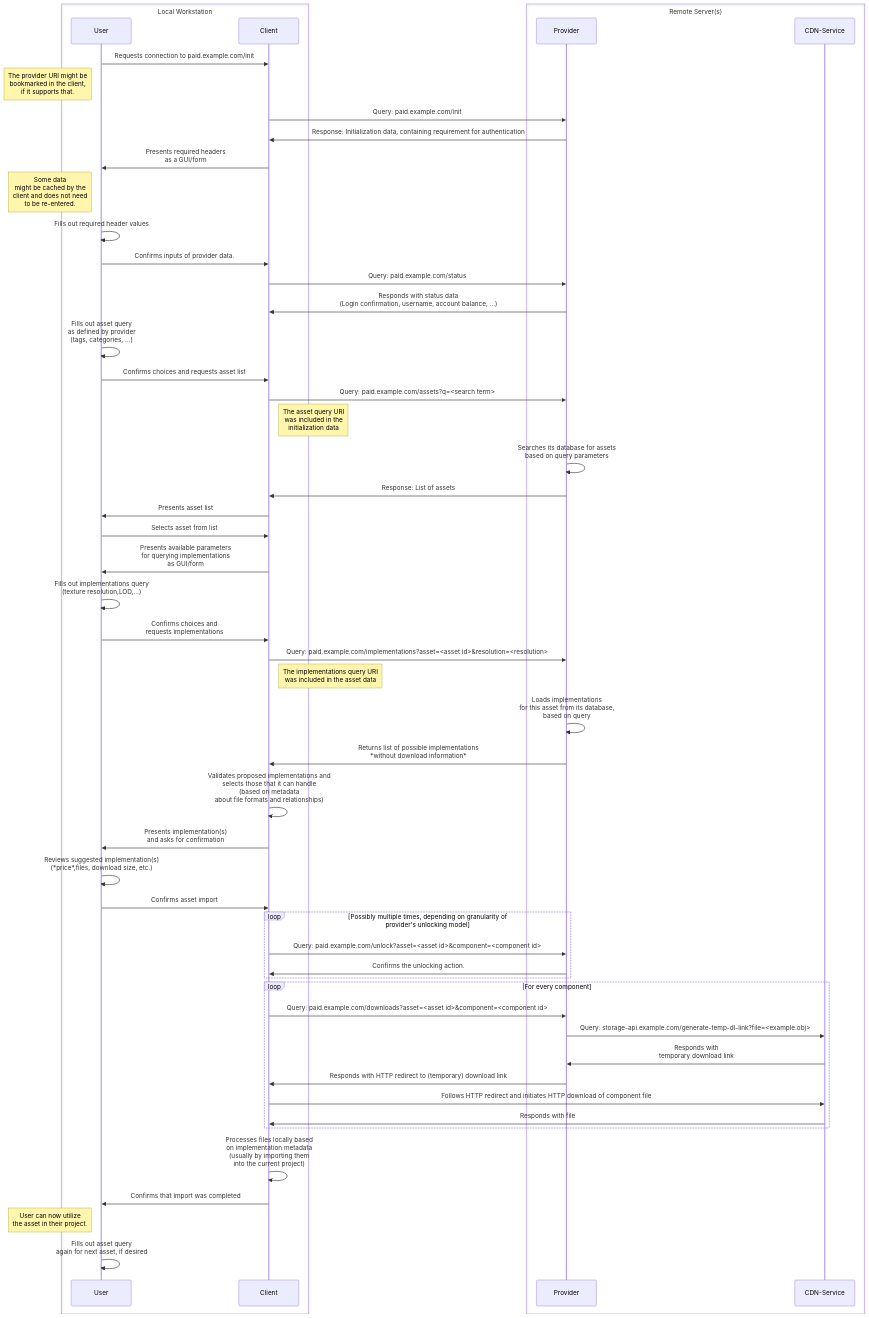
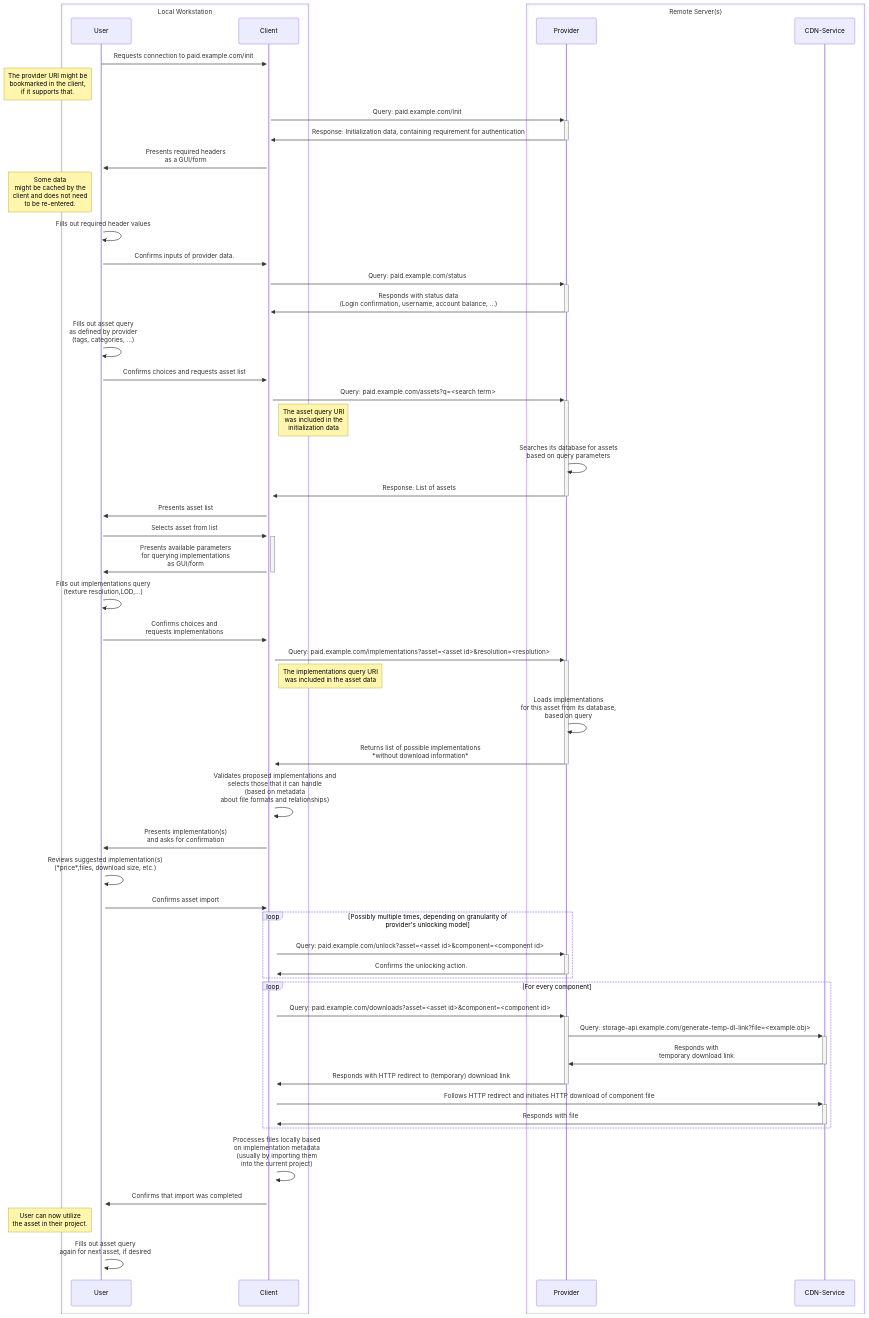
One commit to AssetFetch/spec changed the second of 2 diagrams in spec.md. Above: the diagram before and after it, drawn with Mermaid.

Commit message:
First edits on mermaid diagram for advanced flow

````diff
--- a/spec.md
+++ b/spec.md
@@ -498,64 +498,64 @@
 ```mermaid
 sequenceDiagram
 
 	box Local Workstation
 		participant User
 		participant Client
 	end
 	box Remote Server(s)
 		participant Provider
 		participant CDN-Service
 	end
 
-    User->>Client: Requests connection to paid.example.com/init
+    User->>+Client: Requests connection to paid.example.com/init
 	note left of User: The provider URI might be<br>bookmarked in the client,<br>if it supports that.
-    Client->>Provider: Query: paid.example.com/init
-	Provider->>Client: Response: Initialization data, containing requirement for authentication
-	Client->>User: Presents required headers<br>as a GUI/form
+    Client->>+Provider: Query: paid.example.com/init
+	Provider->>-Client: Response: Initialization data, containing requirement for authentication
+	Client->>+User: Presents required headers<br>as a GUI/form
 	note left of User: Some data <br>might be cached by the<br> client and does not need<br>to be re-entered. 
 	User->>User: Fills out required header values
 	User->>Client: Confirms inputs of provider data.
 
-	Client->>Provider: Query: paid.example.com/status
-	Provider->>Client: Responds with status data<br>(Login confirmation, username, account balance, ...)
+	Client->>+Provider: Query: paid.example.com/status
+	Provider->>-Client: Responds with status data<br>(Login confirmation, username, account balance, ...)
 
 	User->>User: Fills out asset query<br>as defined by provider<br>(tags, categories, ...)
-	User->>Client: Confirms choices and requests asset list
-	Client->>Provider: Query: paid.example.com/assets?q=<search term>
+	User->>+Client: Confirms choices and requests asset list
+	Client->>+Provider: Query: paid.example.com/assets?q=<search term>
 	note right of Client: The asset query URI<br>was included in the<br>initialization data
 	Provider->>Provider: Searches its database for assets<br>based on query parameters
-	Provider->>Client: Response: List of assets
+	Provider->>-Client: Response: List of assets
 	Client->>User: Presents asset list
-	User->>Client: Selects asset from list
+	User->>+Client: Selects asset from list
 
-	Client->>User: Presents available parameters<br>for querying implementations<br>as GUI/form
+	Client->>-User: Presents available parameters<br>for querying implementations<br>as GUI/form
 	User->>User: Fills out implementations query<br>(texture resolution,LOD,...)
-	User->>Client: Confirms choices and<br>requests implementations
-	Client->>Provider: Query: paid.example.com/implementations?asset=<asset id>&resolution=<resolution>
+	User->>+Client: Confirms choices and<br>requests implementations
+	Client->>+Provider: Query: paid.example.com/implementations?asset=<asset id>&resolution=<resolution>
 	note right of Client: The implementations query URI<br>was included in the asset data
 	Provider->>Provider: Loads implementations<br>for this asset from its database,<br>based on query
-	Provider->>Client: Returns list of possible implementations<br>*without download information*
+	Provider->>-Client: Returns list of possible implementations<br>*without download information*
 	Client->>Client: Validates proposed implementations and<br>selects those that it can handle<br>(based on metadata<br> about file formats and relationships)
-	Client->>User: Presents implementation(s)<br>and asks for confirmation
+	Client->>+User: Presents implementation(s)<br>and asks for confirmation
 	User->>User: Reviews suggested implementation(s)<br>(*price*,files, download size, etc.)
-	User->>Client: Confirms asset import
+	User->>+Client: Confirms asset import
 
 	loop Possibly multiple times, depending on granularity of <br>provider's unlocking model
-		Client->>Provider: Query: paid.example.com/unlock?asset=<asset id>&component=<component id>
-		Provider->>Client: Confirms the unlocking action.
+		Client->>+Provider: Query: paid.example.com/unlock?asset=<asset id>&component=<component id>
+		Provider->>-Client: Confirms the unlocking action.
 	end
 
 	loop For every component
-		Client->>Provider: Query: paid.example.com/downloads?asset=<asset id>&component=<component id>
-		Provider->> CDN-Service: Query: storage-api.example.com/generate-temp-dl-link?file=<example.obj>
-		CDN-Service->>Provider: Responds with<br>temporary download link
-		Provider->>Client: Responds with HTTP redirect to (temporary) download link
-		Client->>CDN-Service: Follows HTTP redirect and initiates HTTP download of component file
-		CDN-Service->>Client: Responds with file
+		Client->>+Provider: Query: paid.example.com/downloads?asset=<asset id>&component=<component id>
+		Provider->>+ CDN-Service: Query: storage-api.example.com/generate-temp-dl-link?file=<example.obj>
+		CDN-Service->>-Provider: Responds with<br>temporary download link
+		Provider->>-Client: Responds with HTTP redirect to (temporary) download link
+		Client->>+CDN-Service: Follows HTTP redirect and initiates HTTP download of component file
+		CDN-Service->>-Client: Responds with file
 	end
 
 	Client->>Client: Processes files locally based<br>on implementation metadata<br>(usually by importing them<br>into the current project)
 	Client->>User: Confirms that import was completed
 	note left of User: User can now utilize<br>the asset in their project.
 	User->>User: Fills out asset query<br>again for next asset, if desired
 ```
````
